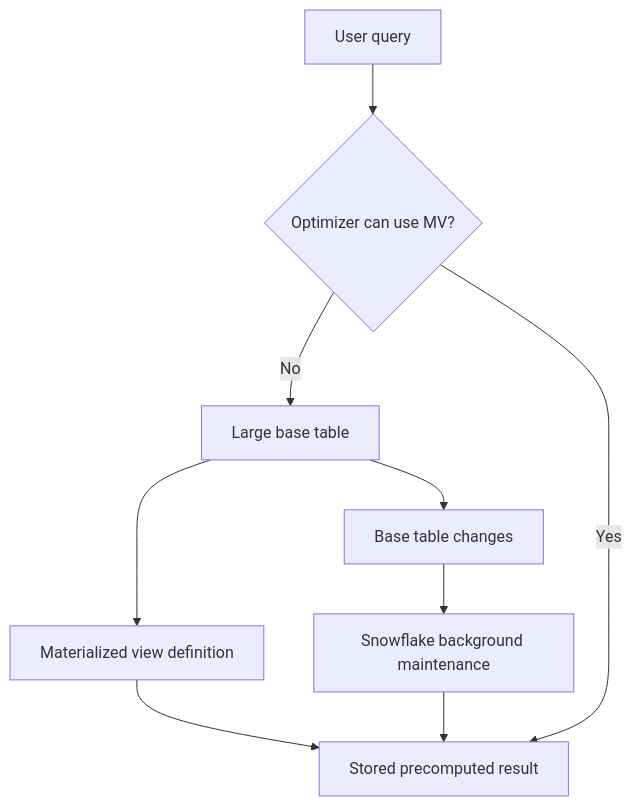
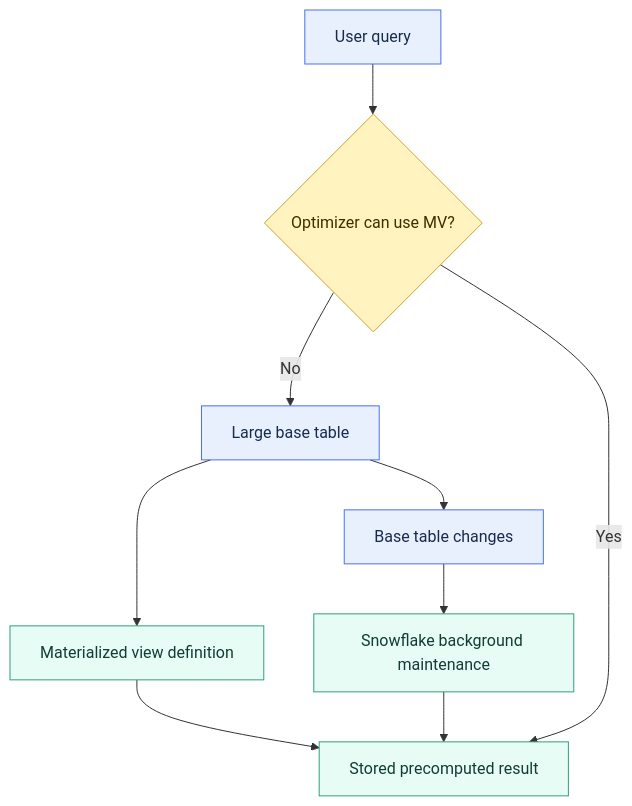
The diagram in 01 Snowflake/02 Performance and Optimization/07 Materialized Views.md (shonningsoy/Upskill), drawn with Mermaid before and after one commit. The commit also changed other lines of this file and 6 other files, not shown here.

````diff
--- a/01 Snowflake/02 Performance and Optimization/07 Materialized Views.md
+++ b/01 Snowflake/02 Performance and Optimization/07 Materialized Views.md
@@ -67,11 +69,21 @@
 ```mermaid
 flowchart TD
     A["Large base table"] --> B["Materialized view definition"]
     B --> C["Stored precomputed result"]
     A --> D["Base table changes"]
     D --> E["Snowflake background maintenance"]
     E --> C
     F["User query"] --> G{"Optimizer can use MV?"}
     G -->|Yes| C
     G -->|No| A
+
+    classDef input fill:#E8F0FE,stroke:#4C6EF5,color:#172B4D
+    classDef control fill:#FFF3BF,stroke:#D69E2E,color:#3D2E00
+    classDef snowflake fill:#E6FCF5,stroke:#2F9E7B,color:#123C34
+    classDef platform fill:#F1F3F5,stroke:#868E96,color:#212529
+    classDef output fill:#F3E8FF,stroke:#805AD5,color:#2D1B4E
+
+    class A,D,F input
+    class B,C,E snowflake
+    class G control
 ```
````
